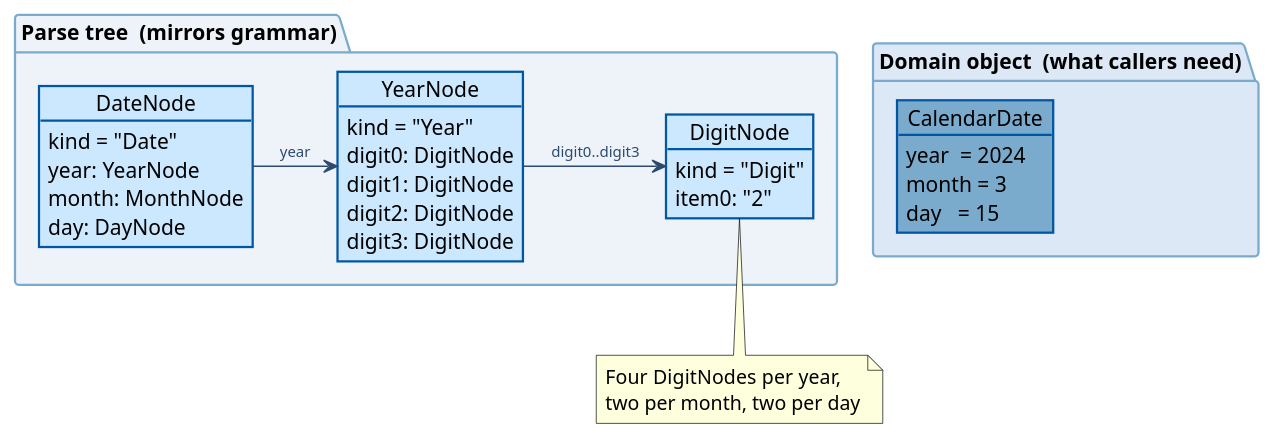
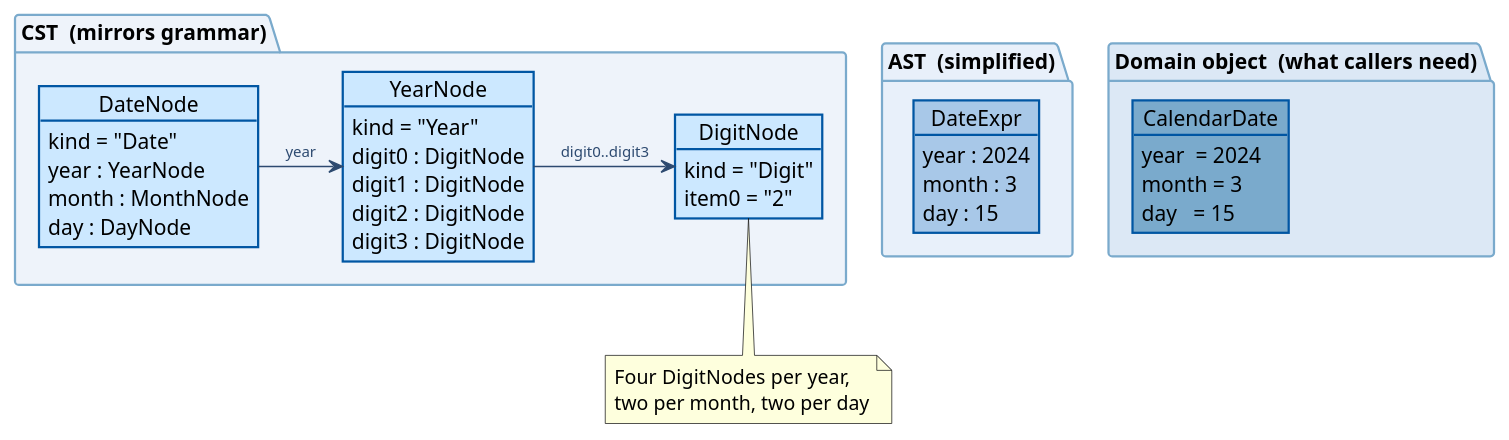
The diagram in docs-site/src/diagrams/cst-vs-domain.puml (ConfiguredThings/RDP.js), drawn with PlantUML before and after one commit. The commit also changed 8 other files, not shown here.

```diff
--- a/docs-site/src/diagrams/cst-vs-domain.puml
+++ b/docs-site/src/diagrams/cst-vs-domain.puml
@@ -1,56 +1,65 @@
 @startuml cst-vs-domain
 skinparam componentStyle rectangle
 skinparam defaultFontName monospace
 skinparam ArrowColor #2d4a70
 skinparam ArrowFontColor #2d4a70
 skinparam ArrowFontSize 10
 skinparam ObjectBorderColor #0056A3
 skinparam ObjectBorderThickness 1.5
 skinparam ObjectBackgroundColor #cce8ff
 skinparam PackageBorderColor #7aaacc
 skinparam PackageBorderThickness 1.5
 skinparam BackgroundColor transparent
 
 top to bottom direction
 
-package "Parse tree  (mirrors grammar)" #eef3fa {
+package "CST  (mirrors grammar)" #eef3fa {
   object "DateNode" as date {
     kind = "Date"
-    year: YearNode
-    month: MonthNode
-    day: DayNode
+    year : YearNode
+    month : MonthNode
+    day : DayNode
   }
 
   object "YearNode" as year {
     kind = "Year"
-    digit0: DigitNode
-    digit1: DigitNode
-    digit2: DigitNode
-    digit3: DigitNode
+    digit0 : DigitNode
+    digit1 : DigitNode
+    digit2 : DigitNode
+    digit3 : DigitNode
   }
 
   object "DigitNode" as digit {
     kind = "Digit"
-    item0: "2"
+    item0 = "2"
   }
 
   date -> year : year
   year -> digit : digit0..digit3
+}
+
+package "AST  (simplified)" #e8f0fa {
+  object "DateExpr" as ast #a8c8e8 {
+    year : 2024
+    month : 3
+    day : 15
+  }
 }
 
 package "Domain object  (what callers need)" #dce8f5 {
   object "CalendarDate" as domain #7aaacc {
     year  = 2024
     month = 3
     day   = 15
   }
 }
 
-date -[hidden]r-> domain
+date -[hidden]r-> ast
+ast -[hidden]r-> domain
 
 note bottom of digit
   Four DigitNodes per year,
   two per month, two per day
 end note
 
 @enduml
```
